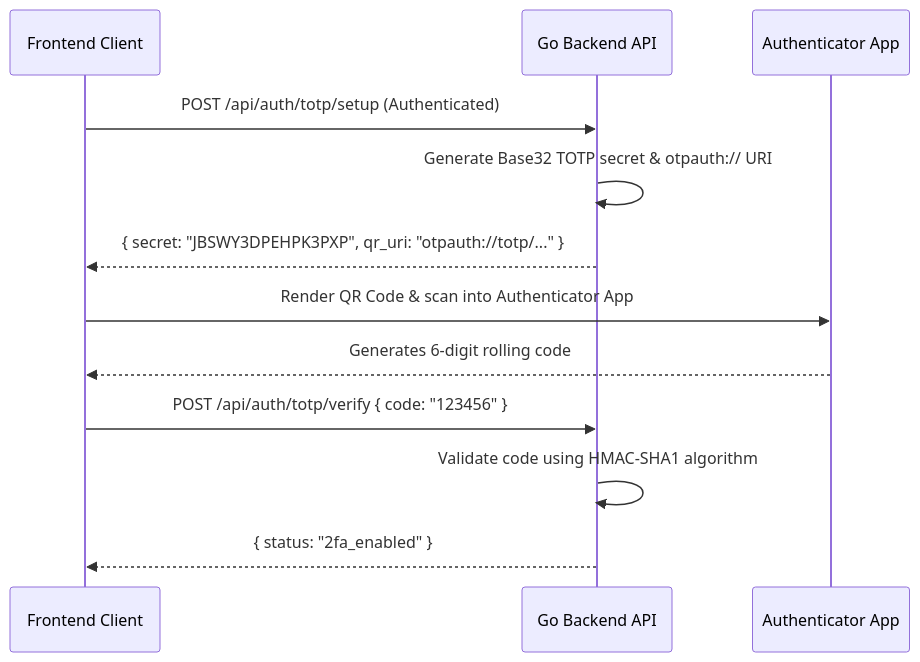
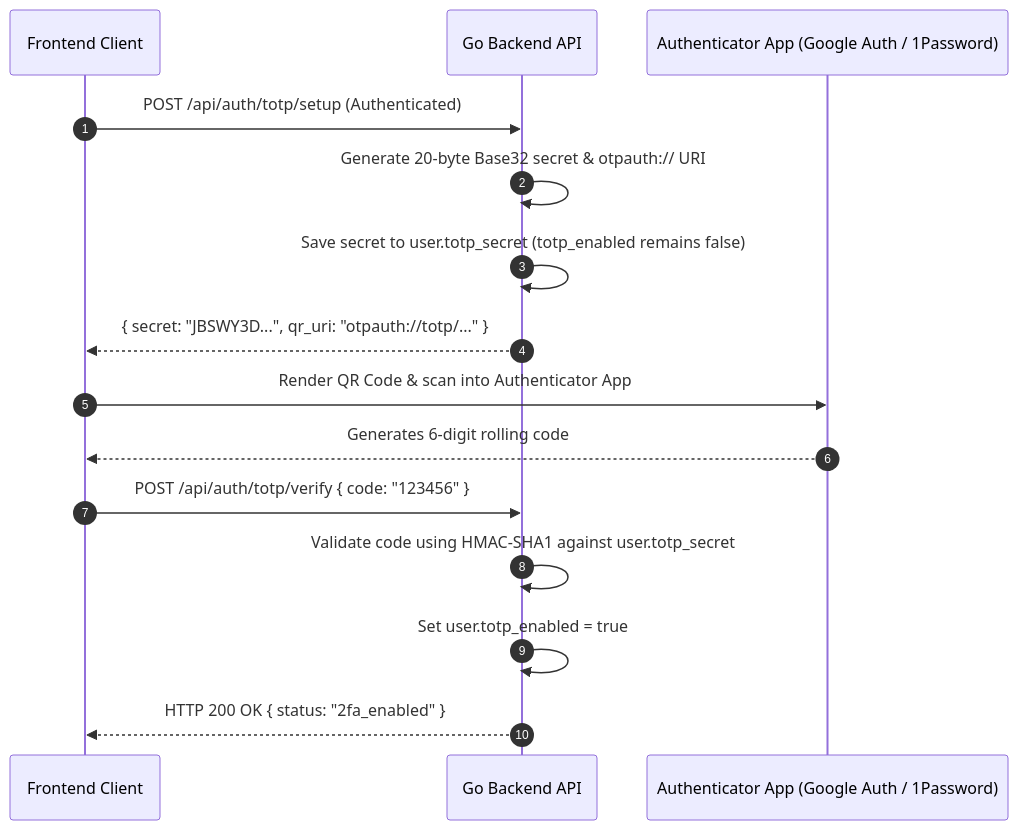
Before and after one commit to WillieBam/support-copilot: the second of 3 diagrams in doc/auth.md, drawn with Mermaid. The commit also changed other lines of this file, not shown here.

Commit message:
chore: update auth md

````diff
--- a/doc/auth.md
+++ b/doc/auth.md
@@ -75,15 +82,18 @@
 ```mermaid
 sequenceDiagram
+    autonumber
     participant Client as Frontend Client
     participant API as Go Backend API
-    participant App as Authenticator App
+    participant App as Authenticator App (Google Auth / 1Password)
 
     Client->>API: POST /api/auth/totp/setup (Authenticated)
-    API->>API: Generate Base32 TOTP secret & otpauth:// URI
-    API-->>Client: { secret: "JBSWY3DPEHPK3PXP", qr_uri: "otpauth://totp/..." }
+    API->>API: Generate 20-byte Base32 secret & otpauth:// URI
+    API->>API: Save secret to user.totp_secret (totp_enabled remains false)
+    API-->>Client: { secret: "JBSWY3D...", qr_uri: "otpauth://totp/..." }
     Client->>App: Render QR Code & scan into Authenticator App
     App-->>Client: Generates 6-digit rolling code
     Client->>API: POST /api/auth/totp/verify { code: "123456" }
-    API->>API: Validate code using HMAC-SHA1 algorithm
-    API-->>Client: { status: "2fa_enabled" }
+    API->>API: Validate code using HMAC-SHA1 against user.totp_secret
+    API->>API: Set user.totp_enabled = true
+    API-->>Client: HTTP 200 OK { status: "2fa_enabled" }
 ```
````
